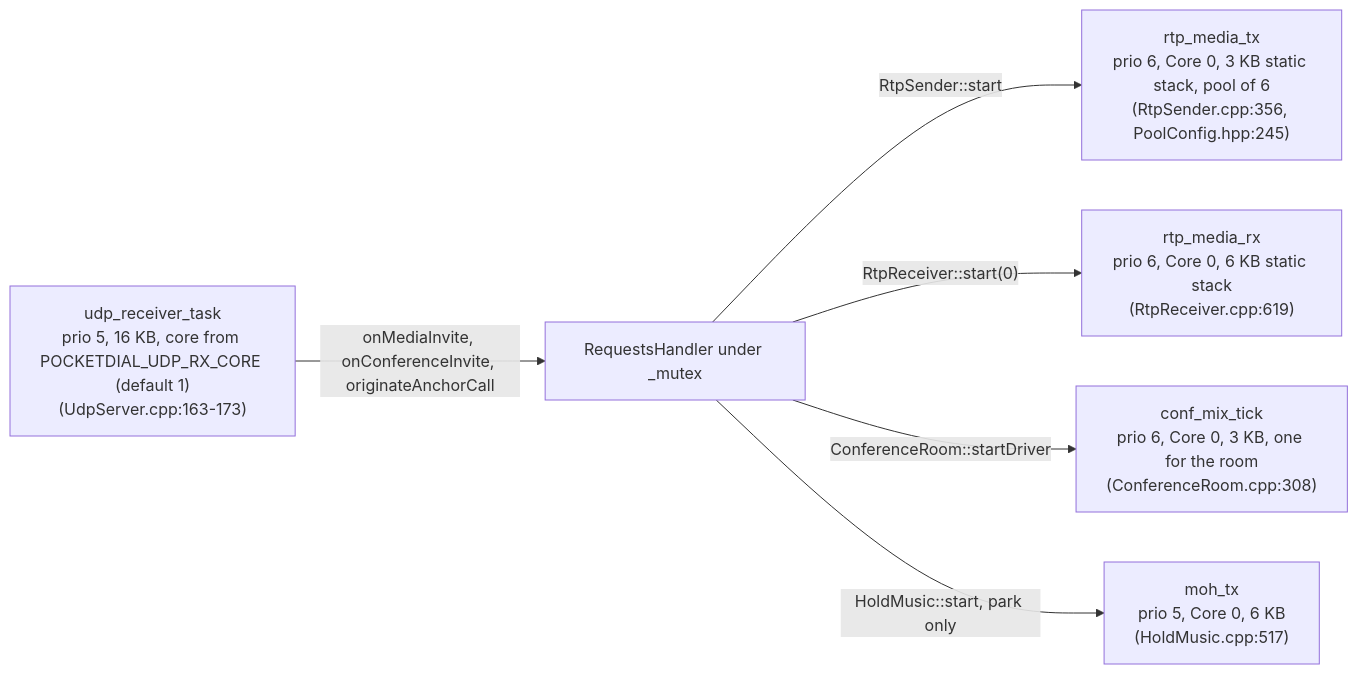
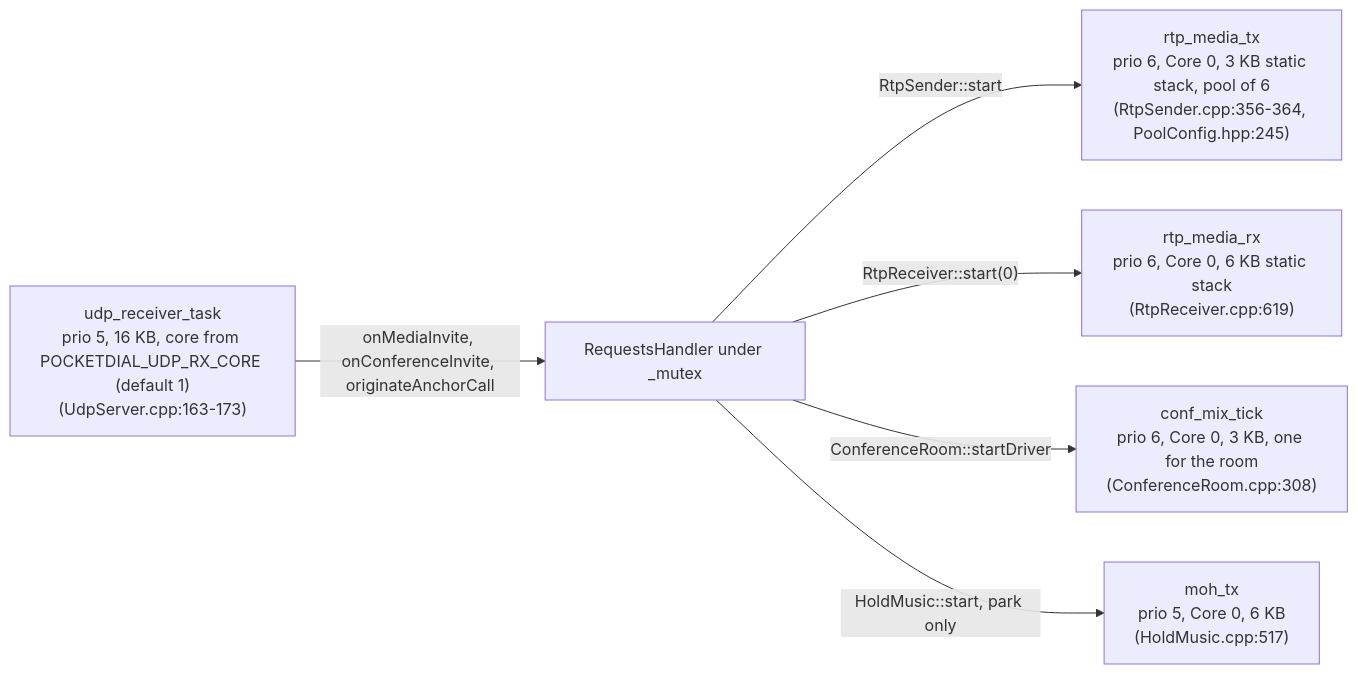
One commit to GlomarGadaffi/pocket-dial changed the third of 3 diagrams in docs/RTP.md. Above: the diagram before and after it, drawn with Mermaid. The commit also changed other lines of this file and 9 other files, not shown here.

````diff
--- a/docs/RTP.md
+++ b/docs/RTP.md
@@ -432,8 +433,8 @@
 ```mermaid
 flowchart LR
     U["udp_receiver_task<br/>prio 5, 16 KB, core from POCKETDIAL_UDP_RX_CORE (default 1)<br/>(UdpServer.cpp:163-173)"] -->|"onMediaInvite, onConferenceInvite, originateAnchorCall"| H["RequestsHandler under _mutex"]
-    H -->|"RtpSender::start"| TX["rtp_media_tx<br/>prio 6, Core 0, 3 KB static stack, pool of 6<br/>(RtpSender.cpp:356, PoolConfig.hpp:245)"]
+    H -->|"RtpSender::start"| TX["rtp_media_tx<br/>prio 6, Core 0, 3 KB static stack, pool of 6<br/>(RtpSender.cpp:356-364, PoolConfig.hpp:245)"]
     H -->|"RtpReceiver::start(0)"| RX["rtp_media_rx<br/>prio 6, Core 0, 6 KB static stack<br/>(RtpReceiver.cpp:619)"]
     H -->|"ConferenceRoom::startDriver"| MIX["conf_mix_tick<br/>prio 6, Core 0, 3 KB, one for the room<br/>(ConferenceRoom.cpp:308)"]
     H -->|"HoldMusic::start, park only"| MOH["moh_tx<br/>prio 5, Core 0, 6 KB<br/>(HoldMusic.cpp:517)"]
 ```
````
